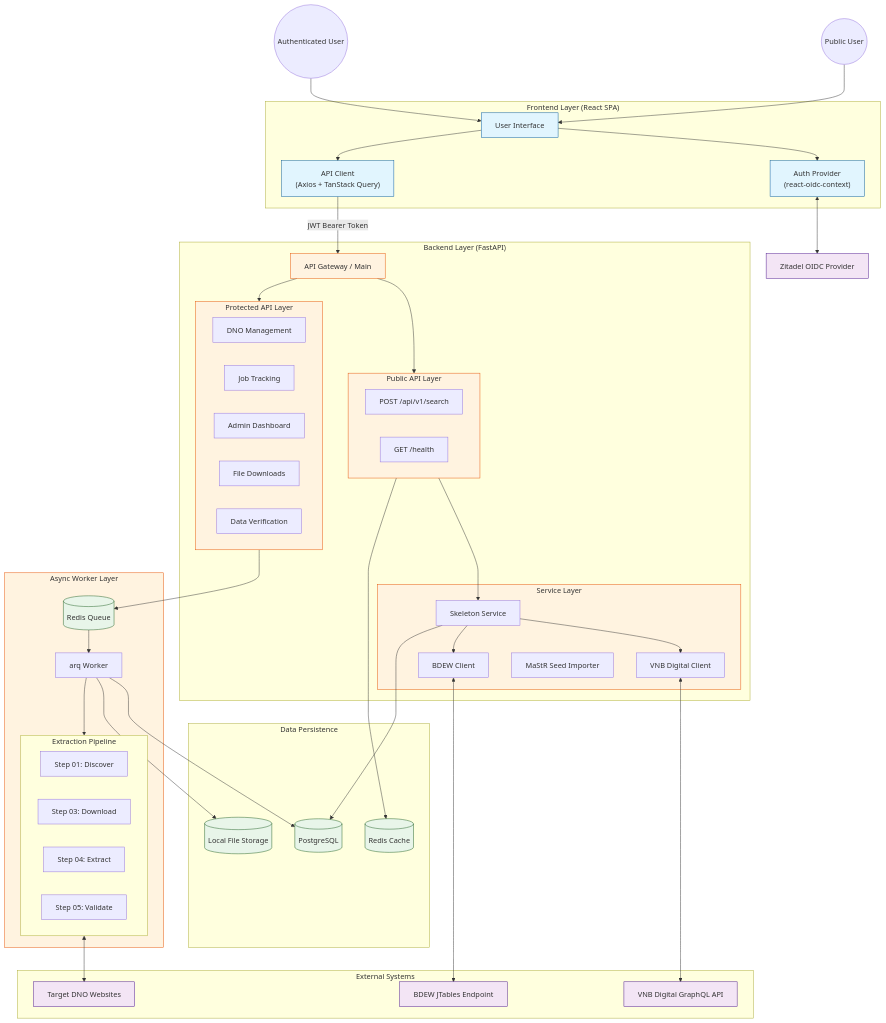
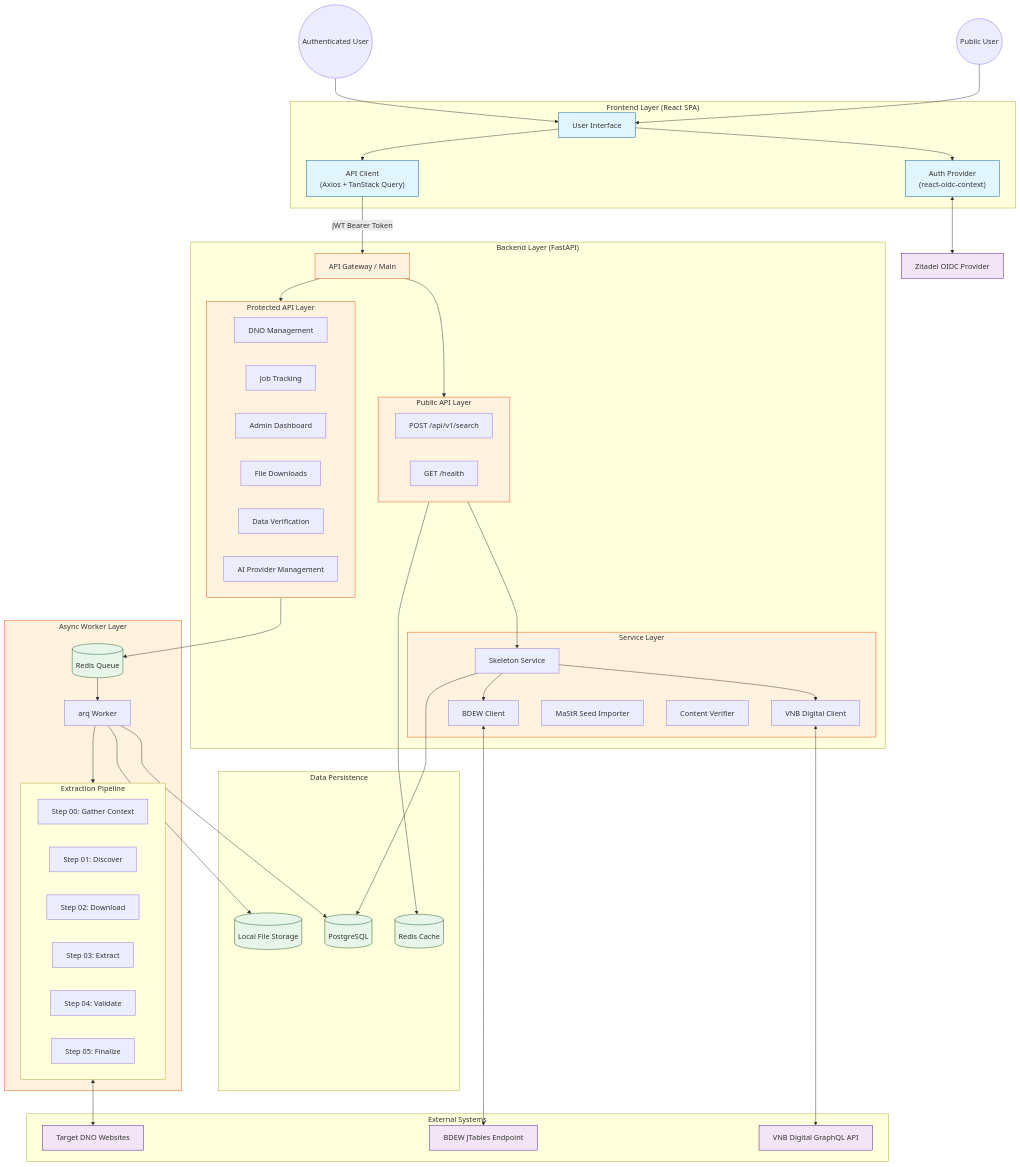
The first of 5 diagrams in docs/ARCHITECTURE.md (KyleDerZweite/dno-crawler), drawn with Mermaid before and after one commit. The commit also changed other lines of this file and 19 other files, not shown here.

```diff
--- a/docs/ARCHITECTURE.md
+++ b/docs/ARCHITECTURE.md
@@ -39,6 +39,7 @@
             AdminRoute[Admin Dashboard]
             FilesRoute[File Downloads]
             VerifyRoute[Data Verification]
+            AIRoute[AI Provider Management]
         end
         
         subgraph Services ["Service Layer"]
@@ -46,6 +47,7 @@
             VNBSvc[VNB Digital Client]
             BDEWSvc[BDEW Client]
             MaStRSvc[MaStR Seed Importer]
+            VerifierSvc[Content Verifier]
         end
     end
 
@@ -54,10 +56,12 @@
         RedisQ[(Redis Queue)]
         Worker[arq Worker]
         subgraph Pipeline ["Extraction Pipeline"]
+            GatherStep[Step 00: Gather Context]
             DiscoverStep[Step 01: Discover]
-            DownloadStep[Step 03: Download]
-            ExtractStep[Step 04: Extract]
-            ValidateStep[Step 05: Validate]
+            DownloadStep[Step 02: Download]
+            ExtractStep[Step 03: Extract]
+            ValidateStep[Step 04: Validate]
+            FinalizeStep[Step 05: Finalize]
         end
     end
 
```
